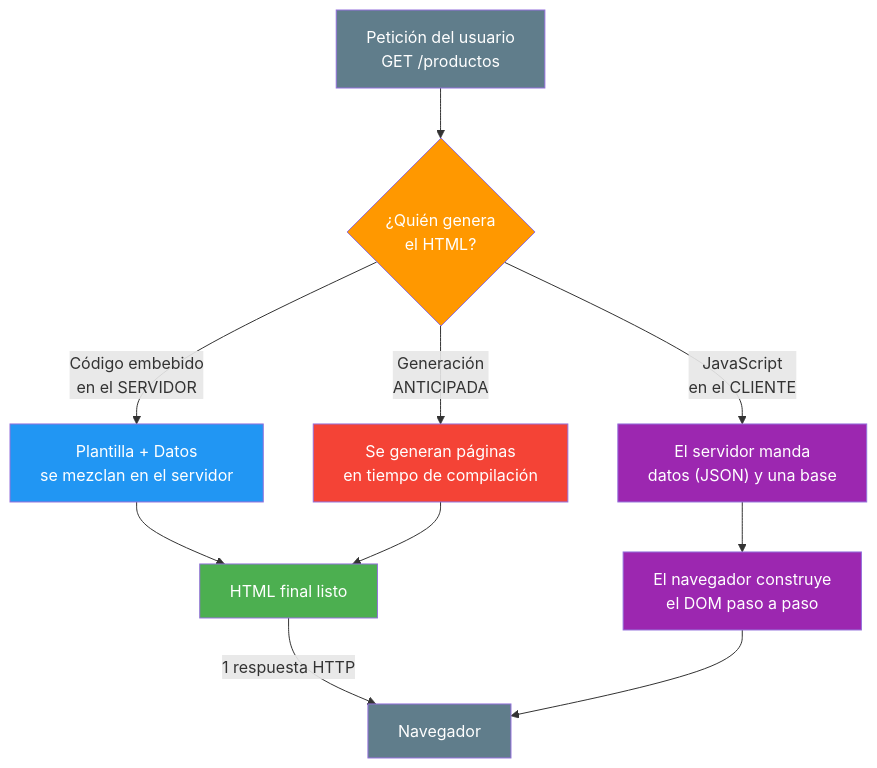
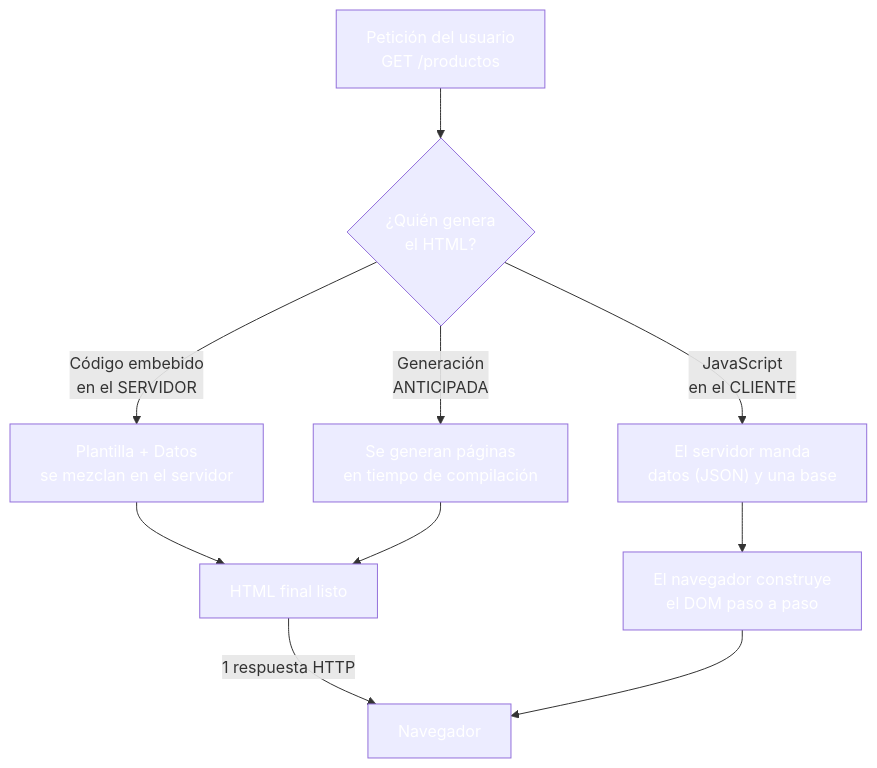
One commit to joseluisgs/DesarrolloWebEntornosServidor-03-2026-2027 changed the first of 7 diagrams in 01-razor-fundamentos.md. Above: the diagram before and after it, drawn with Mermaid. The commit also changed other lines of this file and 30 other files, not shown here.

````diff
--- a/01-razor-fundamentos.md
+++ b/01-razor-fundamentos.md
@@ -83,24 +83,24 @@
 ```mermaid
 graph TD
     A["Petición del usuario<br/>GET /productos"] --> B{"¿Quién genera<br/>el HTML?"}
 
     B -->|"Código embebido<br/>en el SERVIDOR"| C["Plantilla + Datos<br/>se mezclan en el servidor"]
     C --> D["HTML final listo"]
     D -->|"1 respuesta HTTP"| E["Navegador"]
 
     B -->|"JavaScript<br/>en el CLIENTE"| F["El servidor manda<br/>datos (JSON) y una base"]
     F --> G["El navegador construye<br/>el DOM paso a paso"]
     G --> E
 
     B -->|"Generación<br/>ANTICIPADA"| H["Se generan páginas<br/>en tiempo de compilación"]
     H --> D
 
-    style A fill:#607D8B,color:#fff
-    style B fill:#FF9800,color:#fff
-    style C fill:#2196F3,color:#fff
-    style D fill:#4CAF50,color:#fff
-    style E fill:#607D8B,color:#fff
-    style F fill:#9C27B0,color:#fff
-    style G fill:#9C27B0,color:#fff
-    style H fill:#f44336,color:#fff
+    style A fill:#607D8,color:#fffB,color:#fff
+    style B fill:#FF980,color:#fff0,color:#fff
+    style C fill:#2196F,color:#fff3,color:#fff
+    style D fill:#4CAF5,color:#fff0,color:#fff
+    style E fill:#607D8,color:#fffB,color:#fff
+    style F fill:#9C27B,color:#fff0,color:#fff
+    style G fill:#9C27B,color:#fff0,color:#fff
+    style H fill:#f4433,color:#fff6,color:#fff
 ```
````
